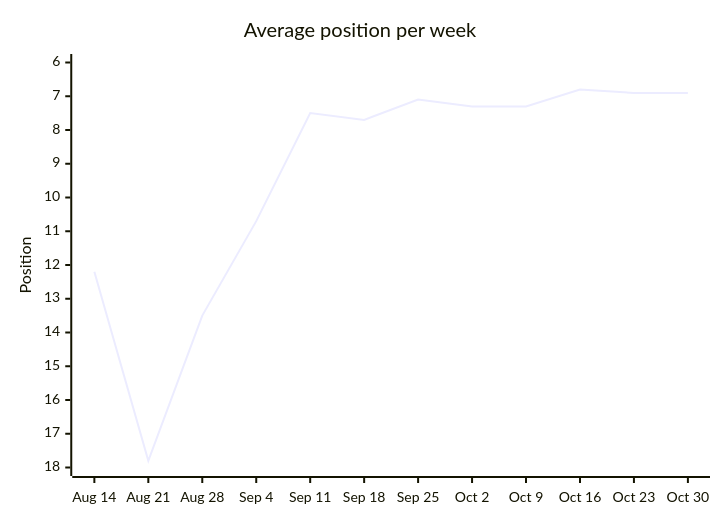
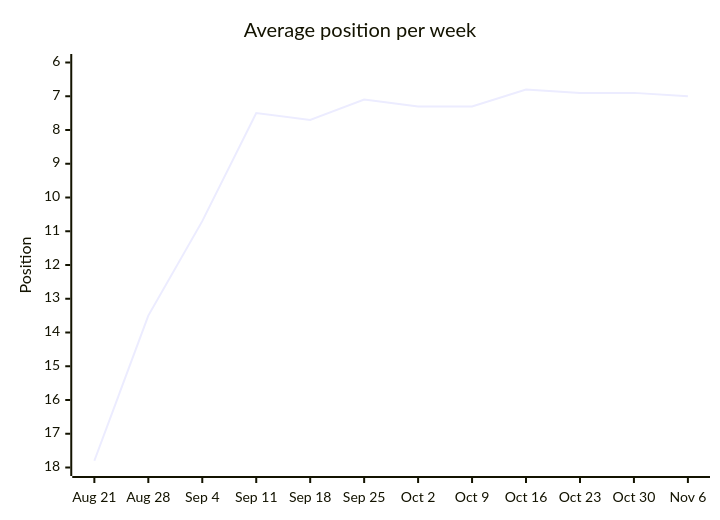
Before and after one commit to langx/website: the third of 13 diagrams in latest.md, drawn with Mermaid. The commit also changed other lines of this file and 2 other files, not shown here.

````diff
--- a/latest.md
+++ b/latest.md
@@ -38,7 +38,7 @@
 ```mermaid
 xychart-beta
   title "Average position per week"
-  x-axis ["Aug 14", "Aug 21", "Aug 28", "Sep 4", "Sep 11", "Sep 18", "Sep 25", "Oct 2", "Oct 9", "Oct 16", "Oct 23", "Oct 30"]
+  x-axis ["Aug 21", "Aug 28", "Sep 4", "Sep 11", "Sep 18", "Sep 25", "Oct 2", "Oct 9", "Oct 16", "Oct 23", "Oct 30", "Nov 6"]
   y-axis "Position" 18 --> 6
-  line [12.2, 17.8, 13.5, 10.7, 7.5, 7.7, 7.1, 7.3, 7.3, 6.8, 6.9, 6.9]
+  line [17.8, 13.5, 10.7, 7.5, 7.7, 7.1, 7.3, 7.3, 6.8, 6.9, 6.9, 7]
 ```
````
